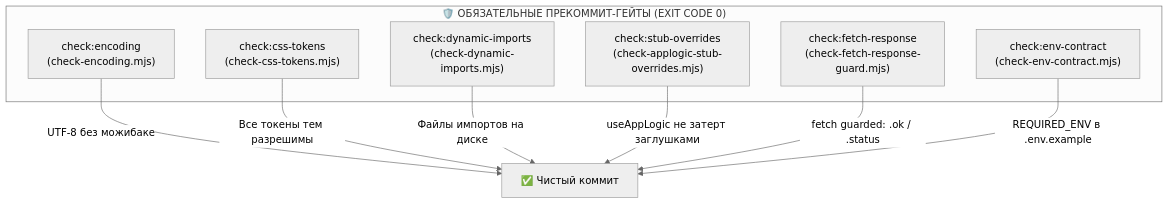
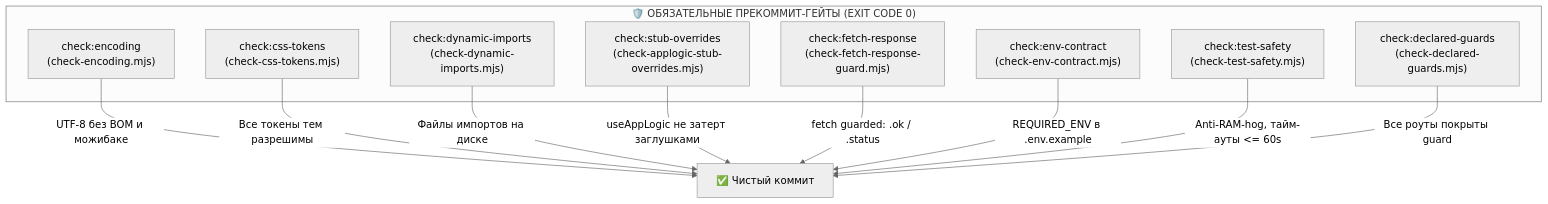
Before and after one commit to marko1olo/dental-crm: the diagram in docs/competitive-audit/SCRIPTS_AND_CLI_DEEP_MAP.md, drawn with Mermaid (neutral theme). The commit also changed other lines of this file and 108 other files, not shown here.

````diff
--- a/docs/competitive-audit/SCRIPTS_AND_CLI_DEEP_MAP.md
+++ b/docs/competitive-audit/SCRIPTS_AND_CLI_DEEP_MAP.md
@@ -13,18 +14,22 @@
 ```mermaid
 graph TD
     subgraph PRE_COMMIT_GATES["🛡️ ОБЯЗАТЕЛЬНЫЕ ПРЕКОММИТ-ГЕЙТЫ (EXIT CODE 0)"]
         G1["check:encoding<br/>(check-encoding.mjs)"]
         G2["check:css-tokens<br/>(check-css-tokens.mjs)"]
         G3["check:dynamic-imports<br/>(check-dynamic-imports.mjs)"]
         G4["check:stub-overrides<br/>(check-applogic-stub-overrides.mjs)"]
         G5["check:fetch-response<br/>(check-fetch-response-guard.mjs)"]
         G6["check:env-contract<br/>(check-env-contract.mjs)"]
+        G7["check:test-safety<br/>(check-test-safety.mjs)"]
+        G8["check:declared-guards<br/>(check-declared-guards.mjs)"]
     end
 
-    G1 -->|UTF-8 без можибаке| PASS["✅ Чистый коммит"]
+    G1 -->|UTF-8 без BOM и можибаке| PASS["✅ Чистый коммит"]
     G2 -->|Все токены тем разрешимы| PASS
     G3 -->|Файлы импортов на диске| PASS
     G4 -->|useAppLogic не затерт заглушками| PASS
     G5 -->|fetch guarded: .ok / .status| PASS
     G6 -->|REQUIRED_ENV в .env.example| PASS
+    G7 -->|Anti-RAM-hog, тайм-ауты <= 60s| PASS
+    G8 -->|Все роуты покрыты guard| PASS
 ```
````
